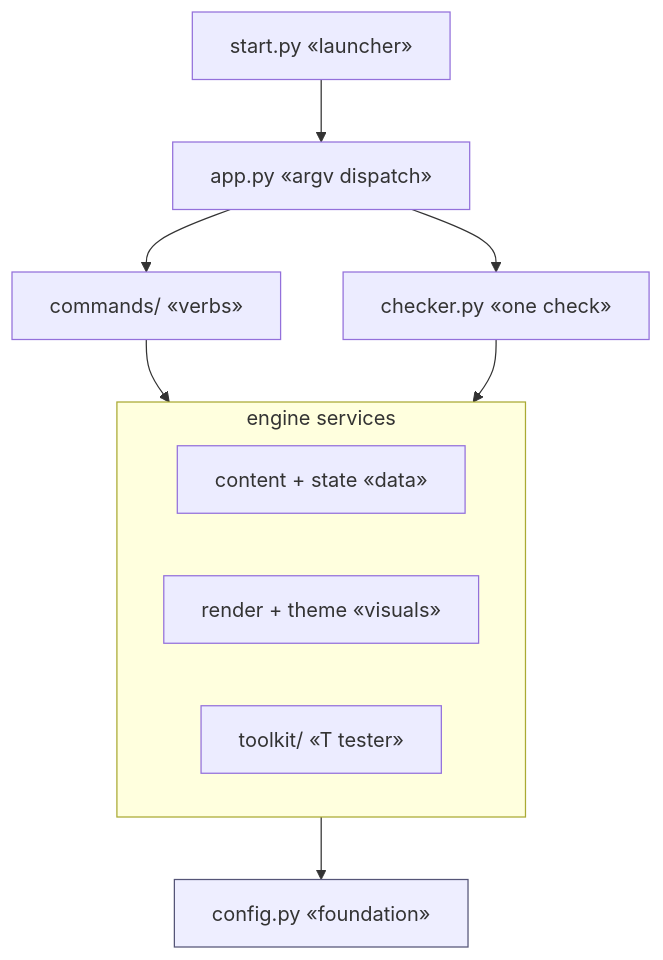
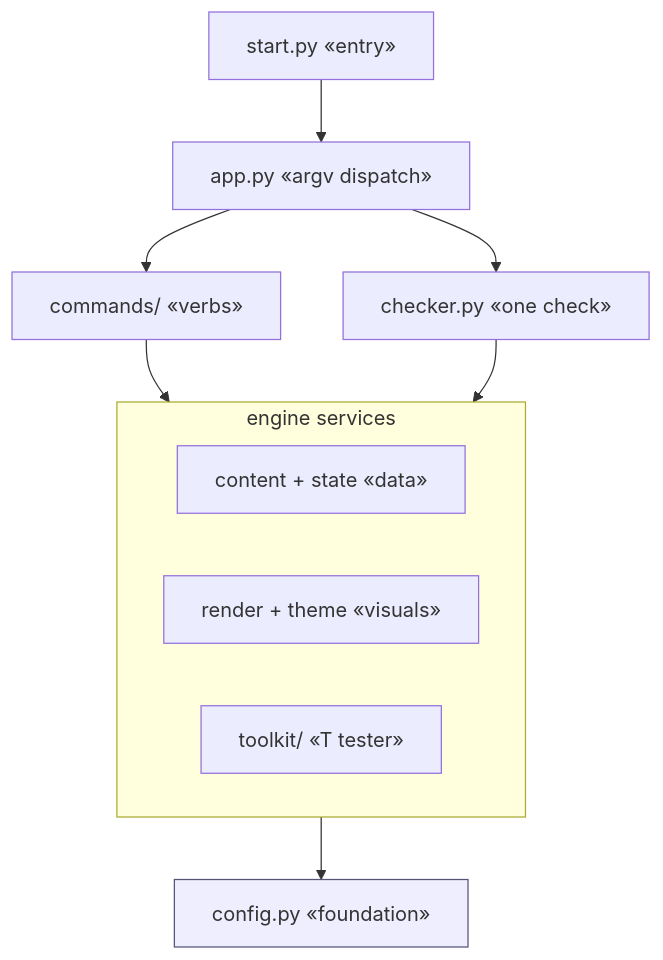
The fourth of 12 diagrams in docs/architecture/README.md (N041M/PyQuest), drawn with Mermaid before and after one commit. The commit also changed other lines of this file and 1 other file, not shown here.

First line of the commit message:
Refresh architecture diagrams for the entry split, registry, and transfer

````diff
--- a/docs/architecture/README.md
+++ b/docs/architecture/README.md
@@ -117,20 +117,20 @@
 ```mermaid
 flowchart TB
-    play["start.py «launcher»"] --> app["app.py «argv dispatch»"]
+    play["start.py «entry»"] --> app["app.py «argv dispatch»"]
     app --> verbs["commands/ «verbs»"]
     app --> checker["checker.py «one check»"]
 
     subgraph services["engine services"]
         direction LR
         data["content + state «data»"]
         vis["render + theme «visuals»"]
         toolkit["toolkit/ «T tester»"]
     end
 
     verbs --> services
     checker --> services
     services --> config["config.py «foundation»"]
 
     classDef base fill:#eef,stroke:#557;
     class config base;
 ```
````
